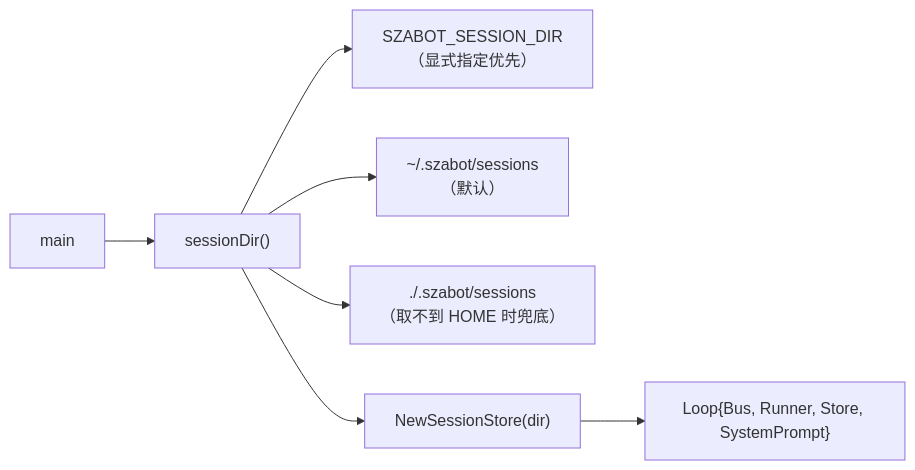
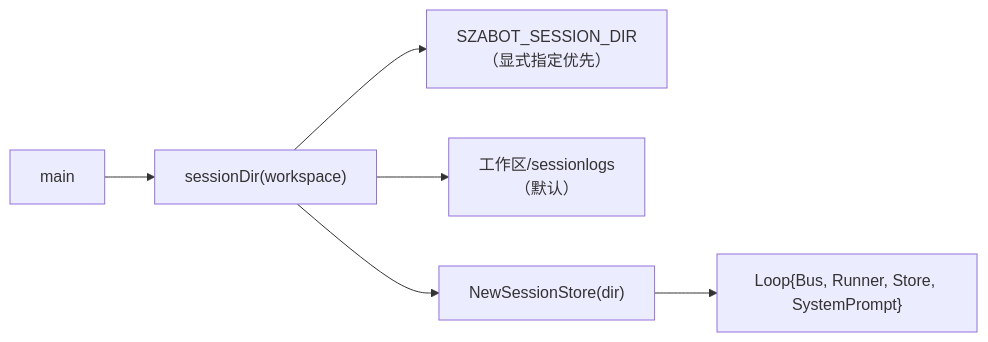
The third of 8 diagrams in docs/session-and-streaming.md (sza0415/szabot), drawn with Mermaid before and after one commit. The commit also changed other lines of this file and 5 other files, not shown here.

````diff
--- a/docs/session-and-streaming.md
+++ b/docs/session-and-streaming.md
@@ -95,9 +95,8 @@
 ```mermaid
 flowchart LR
-    A["main"] --> B["sessionDir()"]
+    A["main"] --> B["sessionDir(workspace)"]
     B --> B1["SZABOT_SESSION_DIR<br/>（显式指定优先）"]
-    B --> B2["~/.szabot/sessions<br/>（默认）"]
-    B --> B3["./.szabot/sessions<br/>（取不到 HOME 时兜底）"]
+    B --> B2["工作区/sessionlogs<br/>（默认）"]
     B --> C["NewSessionStore(dir)"]
     C --> D["Loop{Bus, Runner, Store, SystemPrompt}"]
 ```
````
